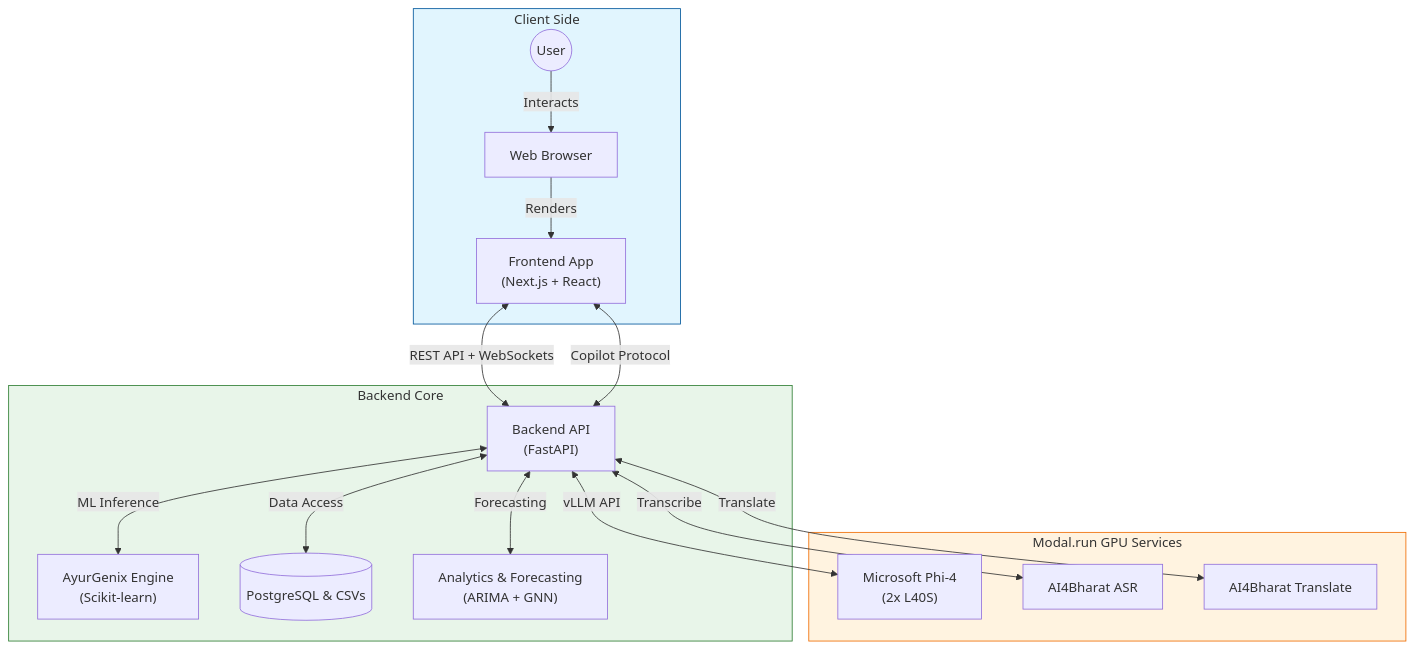
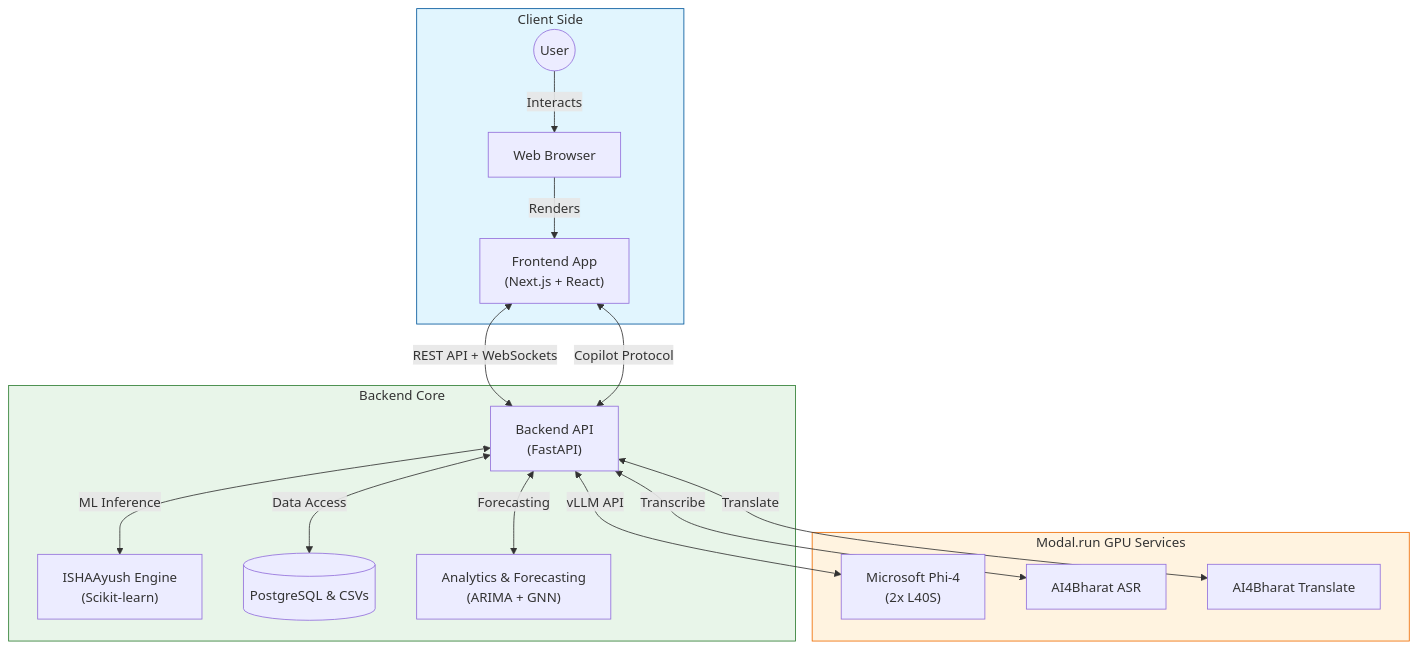
The first of 3 diagrams in README.md (s4ai-io/ayush-indiaai), drawn with Mermaid before and after one commit. The commit also changed other lines of this file and 10 other files, not shown here.

Commit message:
Replaced AyurGeixAI to ISHAAyush

````diff
--- a/README.md
+++ b/README.md
@@ -36,26 +36,26 @@
 ```mermaid
 graph TD
     subgraph Client_Side [Client Side]
         User((User)) -->|Interacts| Browser[Web Browser]
         Browser -->|Renders| Frontend["Frontend App<br/>(Next.js + React)"]
     end
 
     Frontend <-->|REST API + WebSockets| Backend["Backend API<br/>(FastAPI)"]
     Frontend <-->|Copilot Protocol| Backend
 
     subgraph Server_Side [Backend Core]
-        Backend <-->|ML Inference| AyurGenix["AyurGenix Engine<br/>(Scikit-learn)"]
+        Backend <-->|ML Inference| ISHAAyush["ISHAAyush Engine<br/>(Scikit-learn)"]
         Backend <-->|Data Access| DB[(PostgreSQL & CSVs)]
         Backend <-->|Forecasting| Analytics["Analytics & Forecasting<br/>(ARIMA + GNN)"]
     end
 
     subgraph Cloud_Models [Modal.run GPU Services]
         Backend <-->|vLLM API| Phi4["Microsoft Phi-4<br/>(2x L40S)"]
         Backend <-->|Transcribe| ASR["AI4Bharat ASR"]
         Backend <-->|Translate| Translate["AI4Bharat Translate"]
     end
 
     style Client_Side fill:#e1f5fe,stroke:#01579b
     style Server_Side fill:#e8f5e9,stroke:#2e7d32
     style Cloud_Models fill:#fff3e0,stroke:#ef6c00
 ```
````
